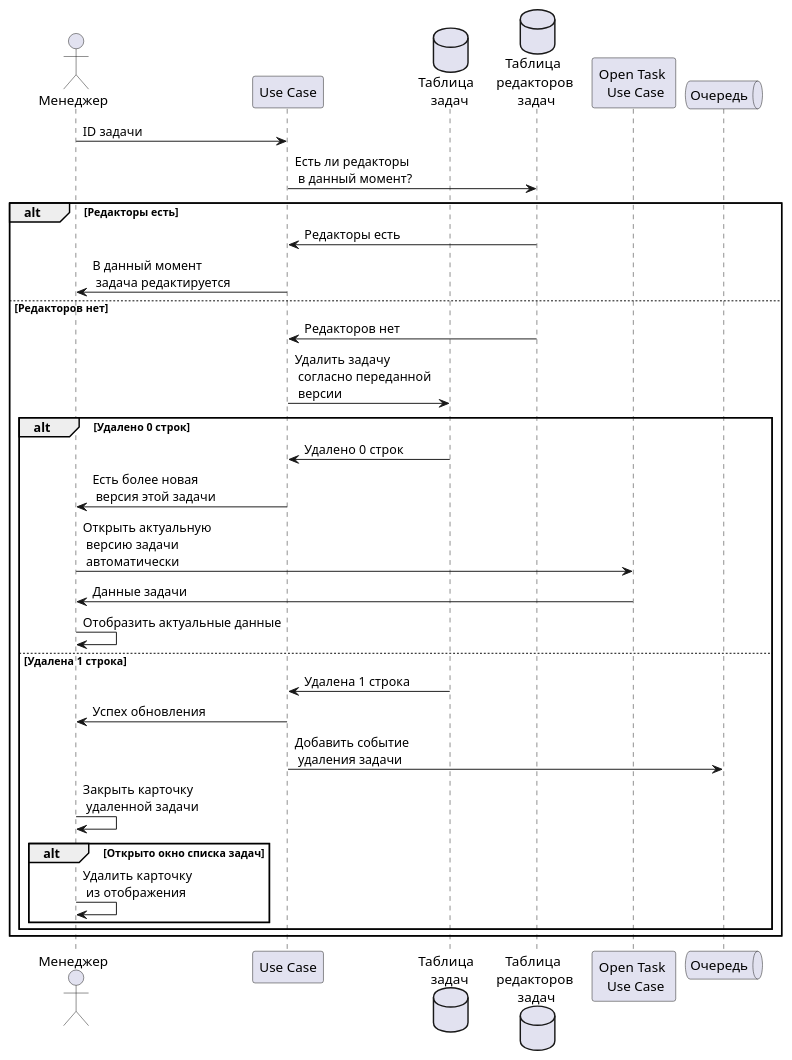
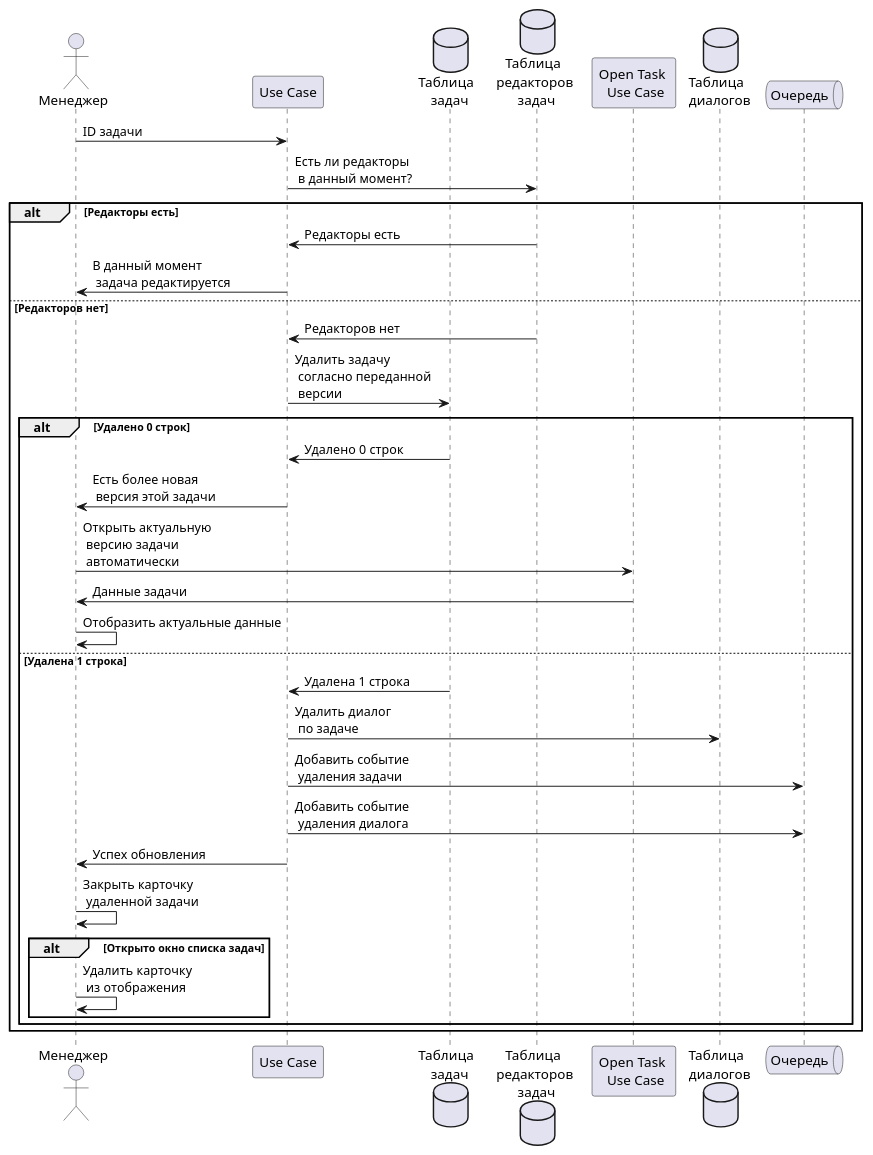
One commit to reightenfels/Java-CRM changed the diagram in UML/use cases/sequence/manager/tasks/DeleteTask.puml. Above: the diagram before and after it, drawn with PlantUML. The commit also changed 28 other files, not shown here.

```diff
--- a/UML/use cases/sequence/manager/tasks/DeleteTask.puml
+++ b/UML/use cases/sequence/manager/tasks/DeleteTask.puml
@@ -1,45 +1,50 @@
 @startuml Удалить задачу
 
 actor Менеджер
 participant "Use Case" as ChangeStatusUseCase
 database "Таблица \n задач" as TasksTable
 database "Таблица \n редакторов \n задач" as TaskEditorsTable
 participant "Open Task \n Use Case" as OpenTaskUseCase
+database "Таблица \n диалогов" as DialogsTable
 queue "Очередь" as Queue
 
 Менеджер -> ChangeStatusUseCase: ID задачи
 
 ChangeStatusUseCase -> TaskEditorsTable: Есть ли редакторы \n в данный момент?
 
 alt Редакторы есть
     TaskEditorsTable -> ChangeStatusUseCase: Редакторы есть
     ChangeStatusUseCase -> Менеджер: В данный момент \n задача редактируется
 
 else Редакторов нет
     TaskEditorsTable -> ChangeStatusUseCase: Редакторов нет
     ChangeStatusUseCase -> TasksTable: Удалить задачу \n согласно переданной \n версии
     
     alt Удалено 0 строк
         TasksTable -> ChangeStatusUseCase: Удалено 0 строк
         ChangeStatusUseCase -> Менеджер: Есть более новая \n версия этой задачи
         Менеджер -> OpenTaskUseCase: Открыть актуальную \n версию задачи \n автоматически
         OpenTaskUseCase -> Менеджер: Данные задачи
 
         Менеджер -> Менеджер: Отобразить актуальные данные
 
     else Удалена 1 строка
         TasksTable -> ChangeStatusUseCase: Удалена 1 строка
+        ChangeStatusUseCase -> DialogsTable: Удалить диалог \n по задаче
+
+        ChangeStatusUseCase -> Queue: Добавить событие \n удаления задачи
+        ChangeStatusUseCase -> Queue: Добавить событие \n удаления диалога
+
         ChangeStatusUseCase -> Менеджер: Успех обновления
-        ChangeStatusUseCase -> Queue: Добавить событие \n удаления задачи
 
         Менеджер -> Менеджер: Закрыть карточку \n удаленной задачи
 
         alt Открыто окно списка задач
             Менеджер -> Менеджер: Удалить карточку \n из отображения
         end alt
 
     end alt
 
 end alt;
 
 @enduml
```
